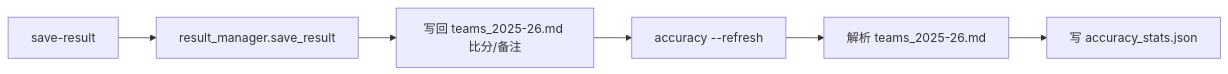
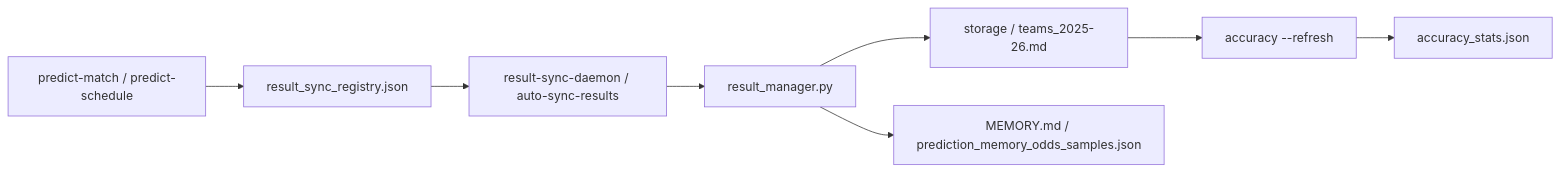
One commit to LorenJun/trae_projects changed the third of 5 diagrams in docs/architecture/europe_leagues_architecture.md. Above: the diagram before and after it, drawn with Mermaid. The commit also changed other lines of this file and 109 other files, not shown here.

````diff
--- a/docs/architecture/europe_leagues_architecture.md
+++ b/docs/architecture/europe_leagues_architecture.md
@@ -184,8 +210,10 @@
 ```mermaid
 flowchart LR
-  A[save-result] --> B[result_manager.save_result]
-  B --> C[写回 teams_2025-26.md 比分/备注]
+  A[predict-match / predict-schedule] --> R[result_sync_registry.json]
+  R --> T[result-sync-daemon / auto-sync-results]
+  T --> B[result_manager.py]
+  B --> C[storage / teams_2025-26.md]
   C --> D[accuracy --refresh]
-  D --> E[解析 teams_2025-26.md]
-  E --> F[写 accuracy_stats.json]
+  D --> E[accuracy_stats.json]
+  B --> M[MEMORY.md / prediction_memory_odds_samples.json]
 ```
````
